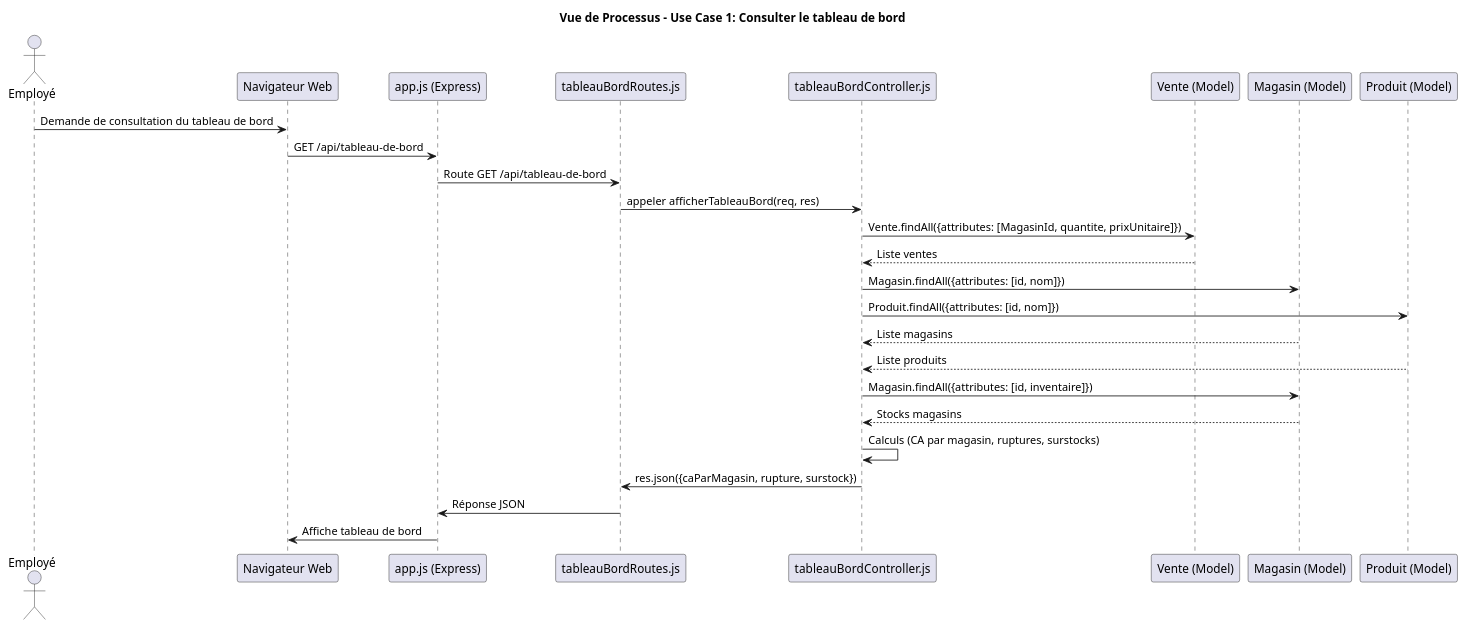
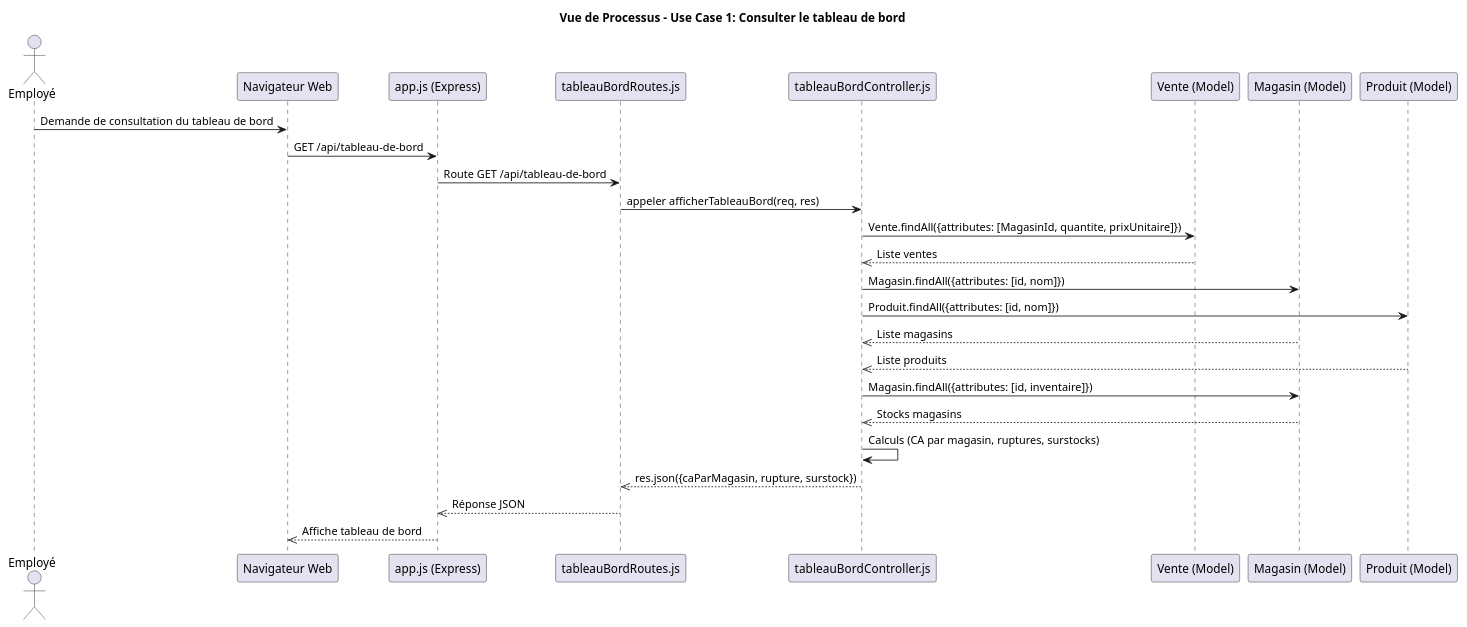
Before and after one commit to ChawkiBenzeghiba/Lab2-LOG430: the diagram in docs/UML/vue_processus_UC1_consulter_tableau_bord.puml, drawn with PlantUML. The commit also changed 22 other files, not shown here.

Commit message:
Finalisation du laboratoire 2 et étape 1 et des diagrammes manquants

```diff
--- a/docs/UML/vue_processus_UC1_consulter_tableau_bord.puml
+++ b/docs/UML/vue_processus_UC1_consulter_tableau_bord.puml
@@ -1,33 +1,33 @@
 @startuml
 title Vue de Processus – Use Case 1: Consulter le tableau de bord
 
 actor "Employé" as user
 participant "Navigateur Web" as browser
 participant "app.js (Express)" as app
 participant "tableauBordRoutes.js" as route
 participant "tableauBordController.js" as ctrl
 participant "Vente (Model)" as vente
 participant "Magasin (Model)" as magasin
 participant "Produit (Model)" as produit
 
 user -> browser : Demande de consultation du tableau de bord
 browser -> app : GET /api/tableau-de-bord
 app -> route : Route GET /api/tableau-de-bord
 route -> ctrl : appeler afficherTableauBord(req, res)
 ctrl -> vente : Vente.findAll({attributes: [MagasinId, quantite, prixUnitaire]})
-vente --> ctrl : Liste ventes
+vente -->> ctrl : Liste ventes
 
 ctrl -> magasin : Magasin.findAll({attributes: [id, nom]})
 ctrl -> produit : Produit.findAll({attributes: [id, nom]})
-magasin --> ctrl : Liste magasins
-produit --> ctrl : Liste produits
+magasin -->> ctrl : Liste magasins
+produit -->> ctrl : Liste produits
 
 ctrl -> magasin : Magasin.findAll({attributes: [id, inventaire]})
-magasin --> ctrl : Stocks magasins
+magasin -->> ctrl : Stocks magasins
 
 ctrl -> ctrl : Calculs (CA par magasin, ruptures, surstocks)
-ctrl -> route : res.json({caParMagasin, rupture, surstock})
-route -> app : Réponse JSON
-app -> browser : Affiche tableau de bord
+ctrl -->> route : res.json({caParMagasin, rupture, surstock})
+route -->> app : Réponse JSON
+app -->> browser : Affiche tableau de bord
 
 @enduml
```
